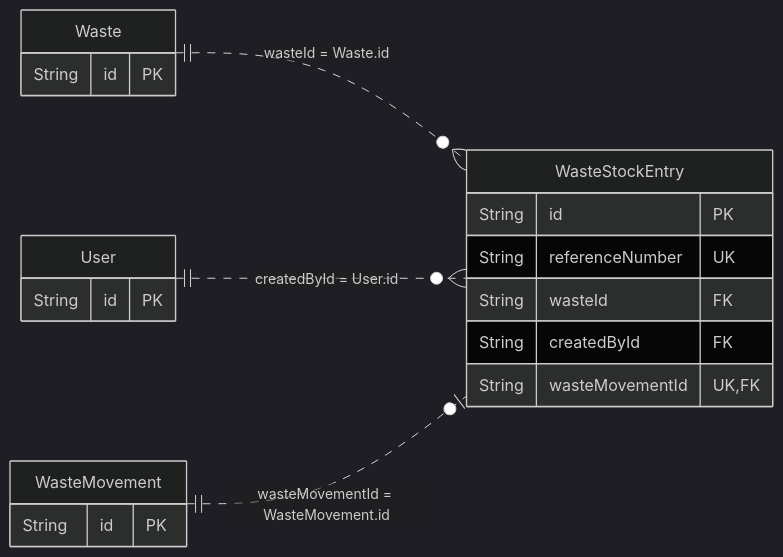
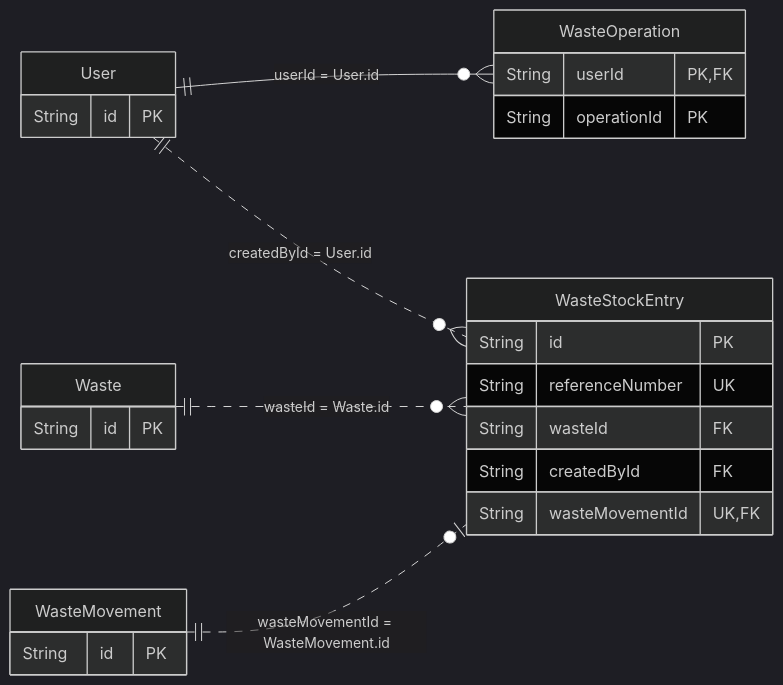
One commit to gpgsistemas01/nexus changed diagram 21 of 22 in docs/architecture/views/logical/data-and-persistence/generated/database-schema.md. Above: the diagram before and after it, drawn with Mermaid (dark theme). The commit also changed other lines of this file and 192 other files, not shown here.

````diff
--- a/docs/architecture/views/logical/data-and-persistence/generated/database-schema.md
+++ b/docs/architecture/views/logical/data-and-persistence/generated/database-schema.md
@@ -660,23 +660,28 @@
 ```mermaid
 erDiagram
     direction LR
     WasteStockEntry {
         String id PK
         String referenceNumber UK
         String wasteId FK
         String createdById FK
         String wasteMovementId UK,FK
     }
-    Waste {
+    WasteOperation {
+        String userId PK,FK
+        String operationId PK
+    }
+    User {
         String id PK
     }
-    User {
+    Waste {
         String id PK
     }
     WasteMovement {
         String id PK
     }
+    User ||--o{ WasteOperation : "userId = User.id"
     Waste ||..o{ WasteStockEntry : "wasteId = Waste.id"
     User ||..o{ WasteStockEntry : "createdById = User.id"
     WasteMovement ||..o| WasteStockEntry : "wasteMovementId = WasteMovement.id"
 ```
````
